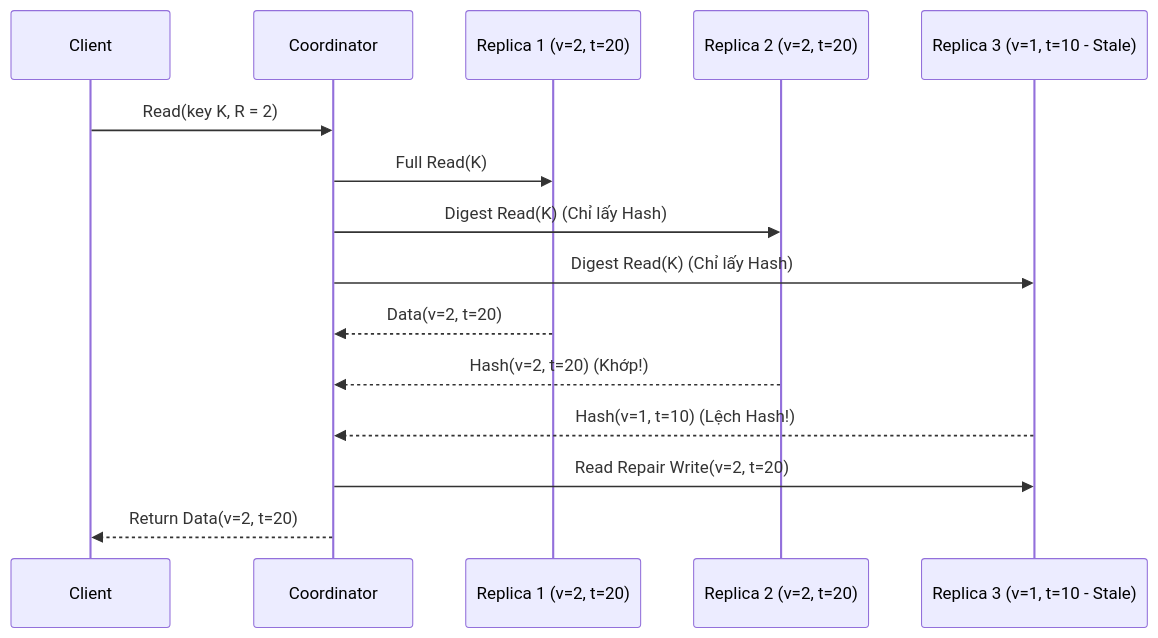
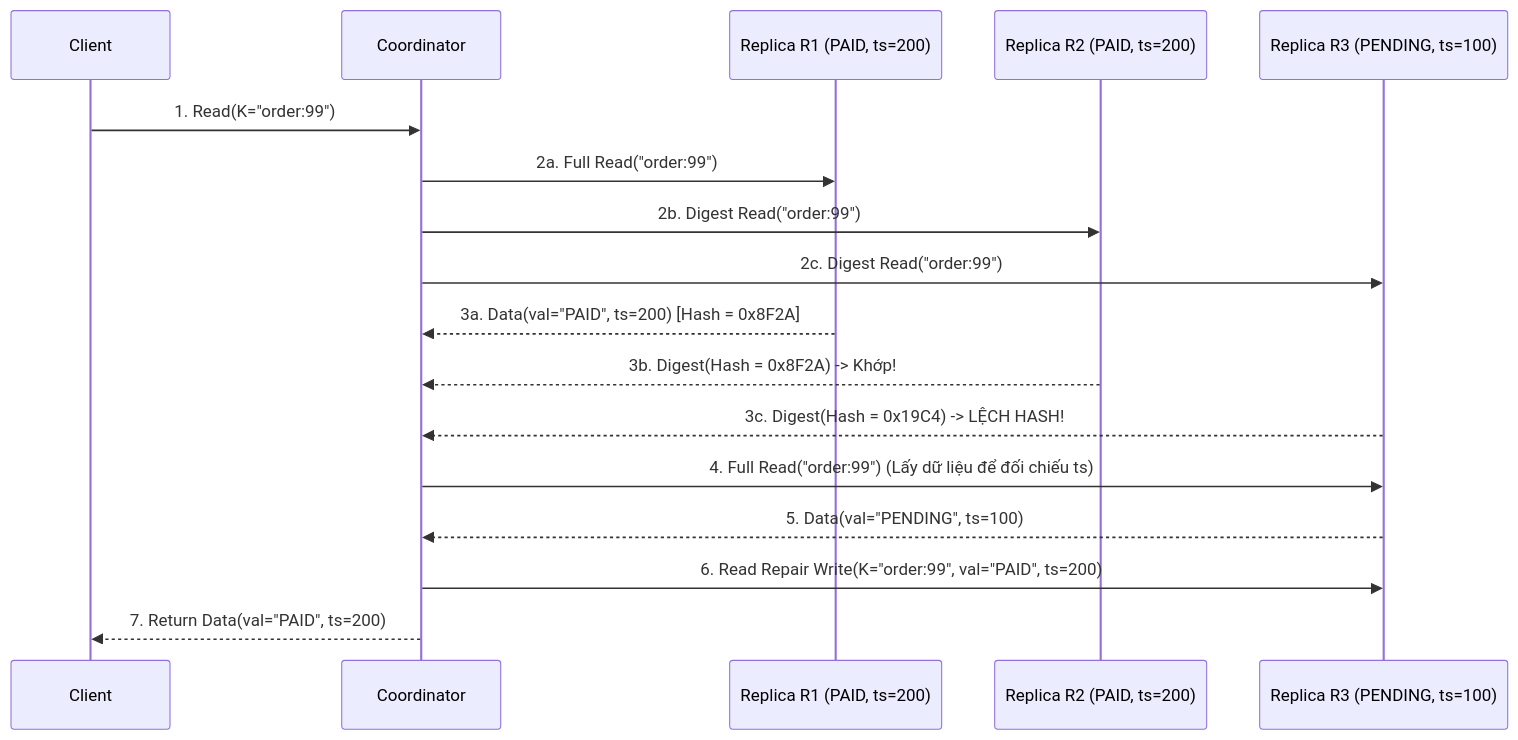
The first of 3 diagrams in docs/Database-Internals-Notes/database-internals-chapter12.vi.md (namaewanam/namaewanam.github.io), drawn with Mermaid before and after one commit. The commit also changed other lines of this file and 29 other files, not shown here.

````diff
--- a/docs/Database-Internals-Notes/database-internals-chapter12.vi.md
+++ b/docs/Database-Internals-Notes/database-internals-chapter12.vi.md
@@ -41,18 +70,20 @@
 ```mermaid
 sequenceDiagram
     participant C as Client
     participant Coord as Coordinator
-    participant R1 as Replica 1 (v=2, t=20)
-    participant R2 as Replica 2 (v=2, t=20)
-    participant R3 as Replica 3 (v=1, t=10 - Stale)
+    participant R1 as Replica R1 (PAID, ts=200)
+    participant R2 as Replica R2 (PAID, ts=200)
+    participant R3 as Replica R3 (PENDING, ts=100)
 
-    C->>Coord: Read(key K, R = 2)
-    Coord->>R1: Full Read(K)
-    Coord->>R2: Digest Read(K) (Chỉ lấy Hash)
-    Coord->>R3: Digest Read(K) (Chỉ lấy Hash)
-    R1-->>Coord: Data(v=2, t=20)
-    R2-->>Coord: Hash(v=2, t=20) (Khớp!)
-    R3-->>Coord: Hash(v=1, t=10) (Lệch Hash!)
-    Coord->>R3: Read Repair Write(v=2, t=20)
-    Coord-->>C: Return Data(v=2, t=20)
+    C->>Coord: 1. Read(K="order:99")
+    Coord->>R1: 2a. Full Read("order:99")
+    Coord->>R2: 2b. Digest Read("order:99")
+    Coord->>R3: 2c. Digest Read("order:99")
+    R1-->>Coord: 3a. Data(val="PAID", ts=200) [Hash = 0x8F2A]
+    R2-->>Coord: 3b. Digest(Hash = 0x8F2A) -> Khớp!
+    R3-->>Coord: 3c. Digest(Hash = 0x19C4) -> LỆCH HASH!
+    Coord->>R3: 4. Full Read("order:99") (Lấy dữ liệu để đối chiếu ts)
+    R3-->>Coord: 5. Data(val="PENDING", ts=100)
+    Coord->>R3: 6. Read Repair Write(K="order:99", val="PAID", ts=200)
+    Coord-->>C: 7. Return Data(val="PAID", ts=200)
 ```
````
